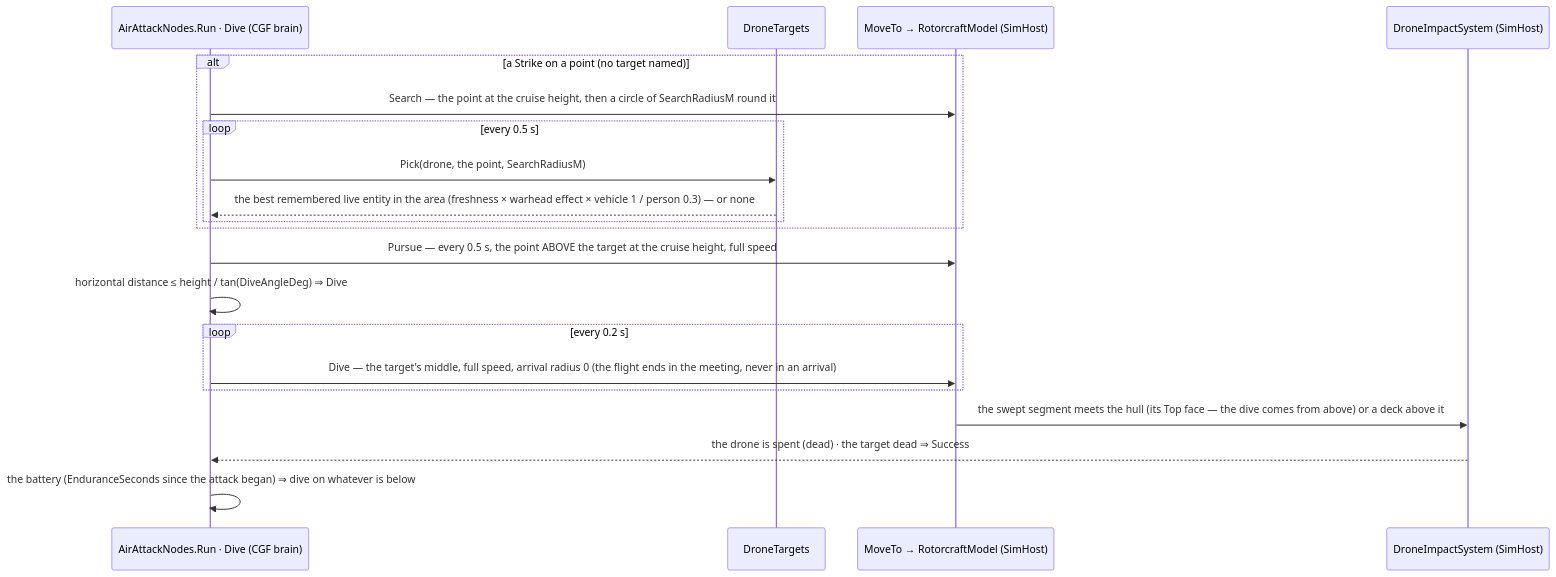
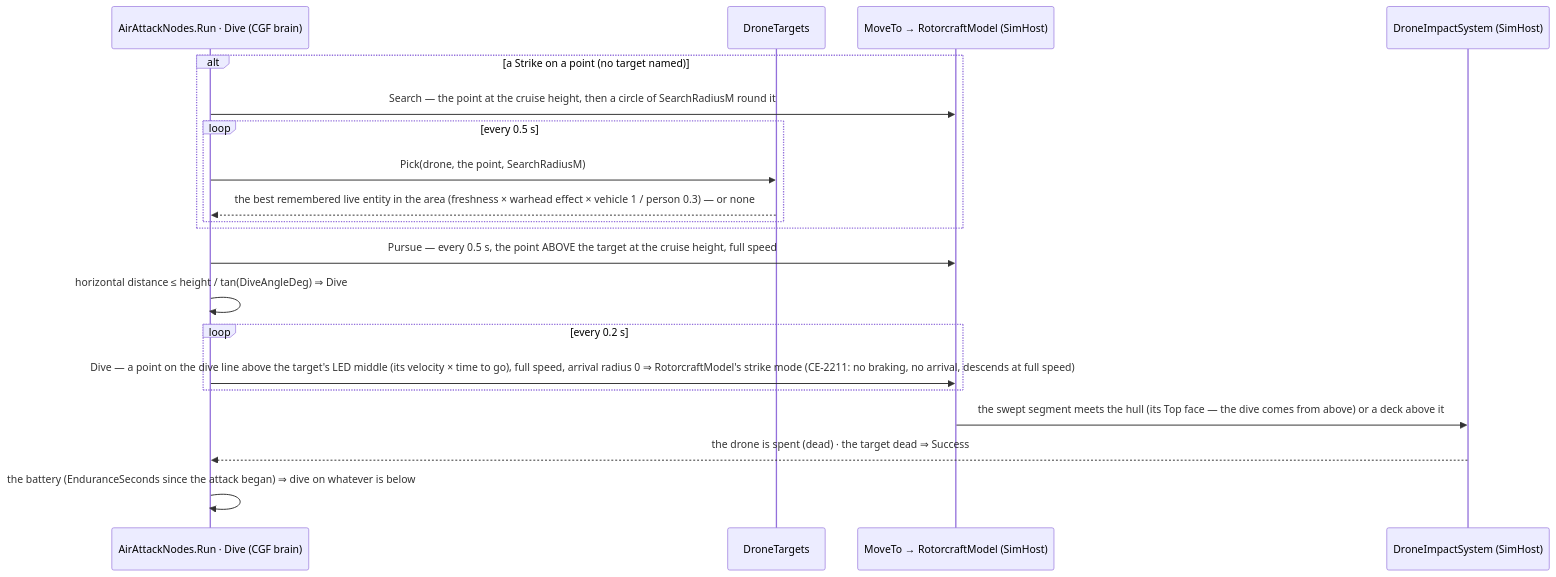
One commit to pjanec/HROT changed diagram 28 of 28 in docs/designs/air-attack/DESIGN_Air_Operations.md. Above: the diagram before and after it, drawn with Mermaid. The commit also changed other lines of this file and 6 other files, not shown here.

First line of the commit message:
CE-2211: the FPV drone strikes its point — RotorcraftModel strike mode + the Dive leads its target

````diff
--- a/docs/designs/air-attack/DESIGN_Air_Operations.md
+++ b/docs/designs/air-attack/DESIGN_Air_Operations.md
@@ -1262,22 +1262,22 @@
 ```mermaid
 sequenceDiagram
   participant N as AirAttackNodes.Run · Dive (CGF brain)
   participant T as DroneTargets
   participant M as MoveTo → RotorcraftModel (SimHost)
   participant I as DroneImpactSystem (SimHost)
   alt a Strike on a point (no target named)
     N->>M: Search — the point at the cruise height, then a circle of SearchRadiusM round it
     loop every 0.5 s
       N->>T: Pick(drone, the point, SearchRadiusM)
       T-->>N: the best remembered live entity in the area (freshness × warhead effect × vehicle 1 / person 0.3) — or none
     end
   end
   N->>M: Pursue — every 0.5 s, the point ABOVE the target at the cruise height, full speed
   N->>N: horizontal distance ≤ height / tan(DiveAngleDeg) ⇒ Dive
   loop every 0.2 s
-    N->>M: Dive — the target's middle, full speed, arrival radius 0 (the flight ends in the meeting, never in an arrival)
+    N->>M: Dive — a point on the dive line above the target's LED middle (its velocity × time to go), full speed, arrival radius 0 ⇒ RotorcraftModel's strike mode (CE-2211: no braking, no arrival, descends at full speed)
   end
   M->>I: the swept segment meets the hull (its Top face — the dive comes from above) or a deck above it
   I-->>N: the drone is spent (dead) · the target dead ⇒ Success
   N->>N: the battery (EnduranceSeconds since the attack began) ⇒ dive on whatever is below
 ```
````
